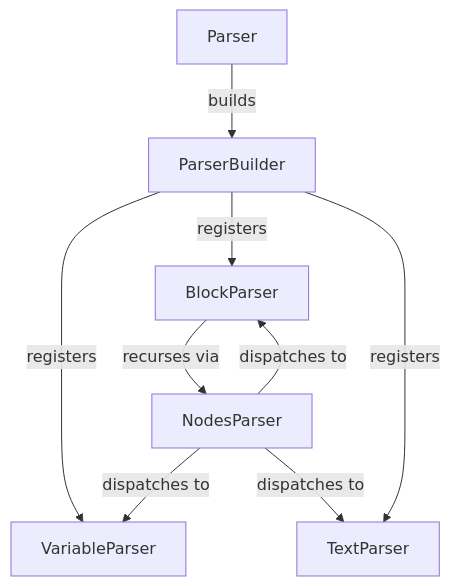
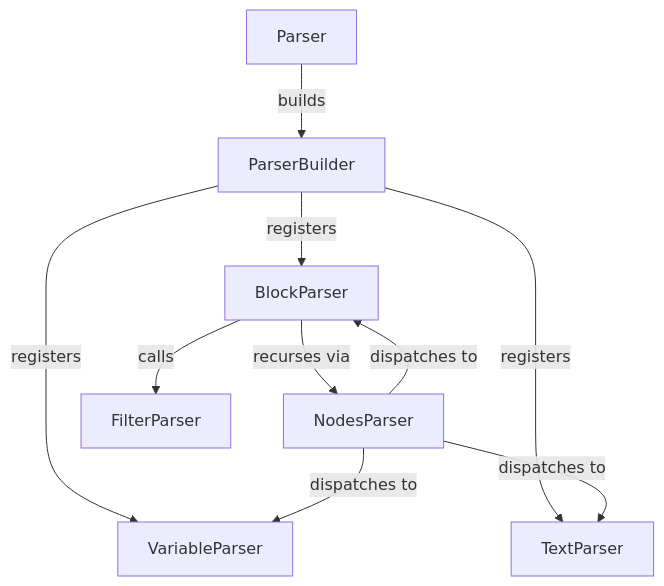
Before and after one commit to cihandeniz/guillemets: the second of 3 diagrams in docs/architecture.md, drawn with Mermaid. The commit also changed other lines of this file and 19 other files, not shown here.

````diff
--- a/docs/architecture.md
+++ b/docs/architecture.md
@@ -58,11 +58,12 @@
 ```mermaid
 flowchart TB
     Parser -->|builds| ParserBuilder
     ParserBuilder -->|registers| VariableParser
     ParserBuilder -->|registers| BlockParser
     ParserBuilder -->|registers| TextParser
     NodesParser -->|dispatches to| VariableParser
     NodesParser -->|dispatches to| BlockParser
     NodesParser -->|dispatches to| TextParser
     BlockParser -->|recurses via| NodesParser
+    BlockParser -->|calls| FilterParser
 ```
````
